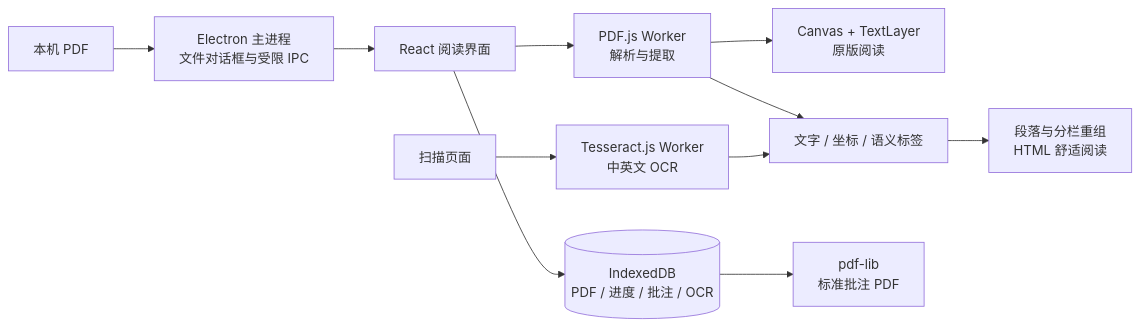
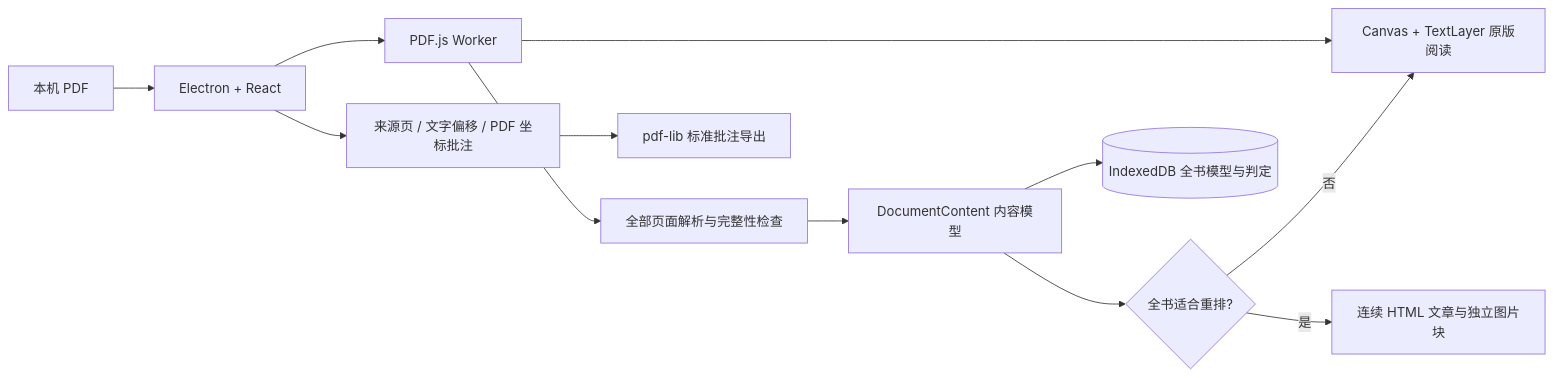
Before and after one commit to c0sc0s/Leaf: the diagram in docs/architecture.md, drawn with Mermaid. The commit also changed other lines of this file and 28 other files, not shown here.

Commit message:
feat: analyze whole PDFs and render continuous content blocks

````diff
--- a/docs/architecture.md
+++ b/docs/architecture.md
@@ -23,13 +23,14 @@
 ```mermaid
 flowchart LR
-  File[本机 PDF] --> Native[Electron 主进程\n文件对话框与受限 IPC]
-  Native --> UI[React 阅读界面]
-  UI --> Worker[PDF.js Worker\n解析与提取]
-  Worker --> Original[Canvas + TextLayer\n原版阅读]
-  Worker --> Model[文字 / 坐标 / 语义标签]
-  Model --> Reflow[段落与分栏重组\nHTML 舒适阅读]
-  Scan[扫描页面] --> OCR[Tesseract.js Worker\n中英文 OCR]
-  OCR --> Model
-  UI --> Local[(IndexedDB\nPDF / 进度 / 批注 / OCR)]
-  Local --> Export[pdf-lib\n标准批注 PDF]
+  File[本机 PDF] --> UI[Electron + React]
+  UI --> Worker[PDF.js Worker]
+  Worker --> Original[Canvas + TextLayer 原版阅读]
+  Worker --> Analyze[全部页面解析与完整性检查]
+  Analyze --> Model[DocumentContent 内容模型]
+  Model --> Gate{全书适合重排?}
+  Gate -->|是| Reflow[连续 HTML 文章与独立图片块]
+  Gate -->|否| Original
+  Model --> Local[(IndexedDB 全书模型与判定)]
+  UI --> Marks[来源页 / 文字偏移 / PDF 坐标批注]
+  Marks --> Export[pdf-lib 标准批注导出]
 ```
````
